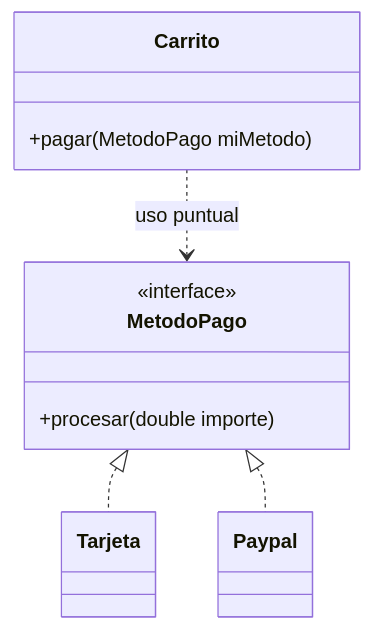
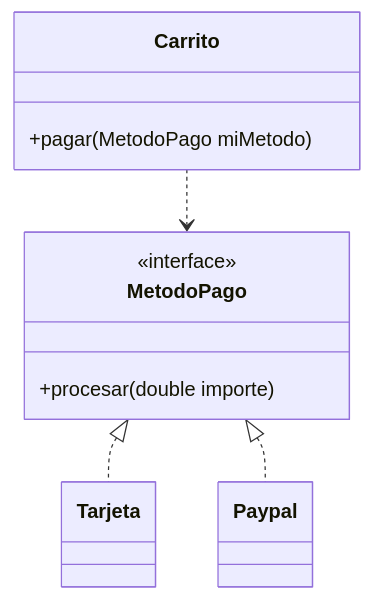
Before and after one commit to irenepm777/6.2.Bateria-de-ejercicios: the fifth of 6 diagrams in README.md, drawn with Mermaid. The commit also changed other lines of this file, not shown here.

````diff
--- a/README.md
+++ b/README.md
@@ -160,17 +160,17 @@
 ```mermaid
 classDiagram
     class MetodoPago {
         <<interface>>
         +procesar(double importe)
     }
 
     class Tarjeta
     class Paypal
     class Carrito {
         +pagar(MetodoPago miMetodo)
     }
 
     MetodoPago <|.. Tarjeta
     MetodoPago <|.. Paypal
-    Carrito ..> MetodoPago : uso puntual
+    Carrito ..> MetodoPago
 ```
````
